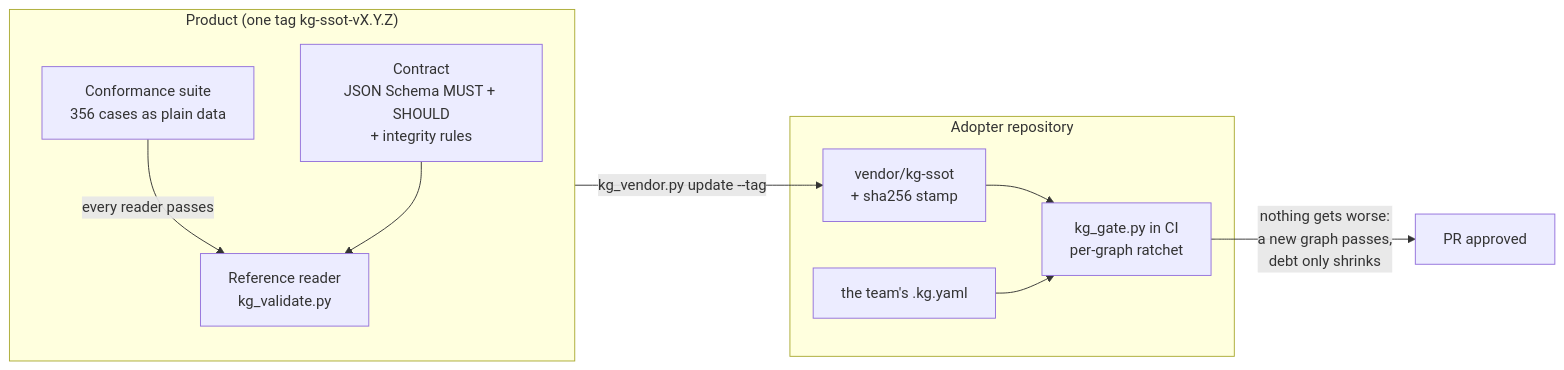
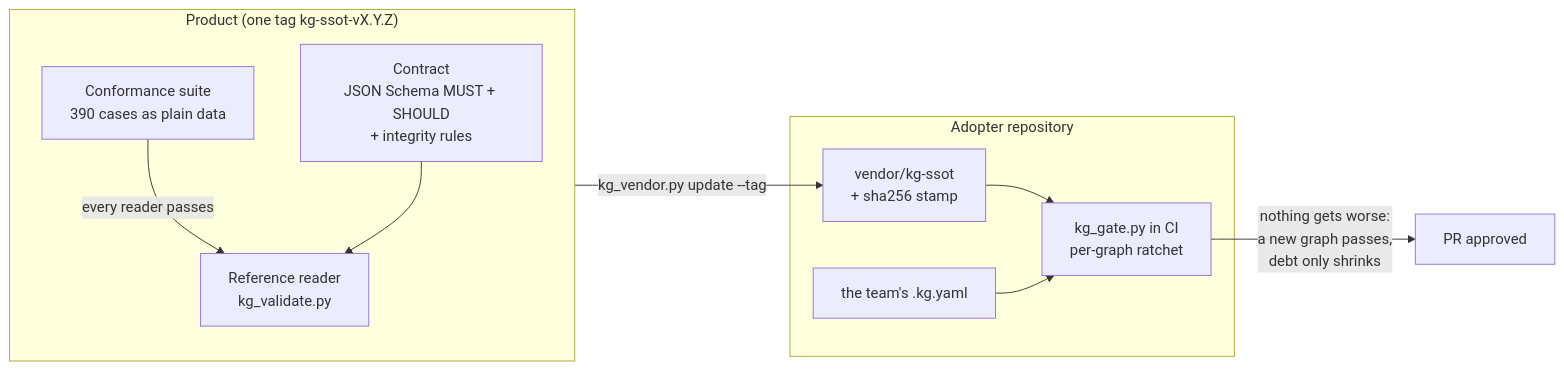
Before and after one commit to marciocar/kg-ssot: the diagram in README.md, drawn with Mermaid. The commit also changed other lines of this file and 81 other files, not shown here.

````diff
--- a/README.md
+++ b/README.md
@@ -122,19 +124,19 @@
 ```mermaid
 flowchart LR
   subgraph product["Product (one tag kg-ssot-vX.Y.Z)"]
     C["Contract<br/>JSON Schema MUST + SHOULD<br/>+ integrity rules"]
-    S["Conformance suite<br/>356 cases as plain data"]
+    S["Conformance suite<br/>390 cases as plain data"]
     R["Reference reader<br/>kg_validate.py"]
     S -- "every reader passes" --> R
     C --> R
   end
   subgraph adopter["Adopter repository"]
     V["vendor/kg-ssot<br/>+ sha256 stamp"]
     G["kg_gate.py in CI<br/>per-graph ratchet"]
     K["the team's .kg.yaml"]
     V --> G
     K --> G
   end
   product -- "kg_vendor.py update --tag" --> V
   G -- "nothing gets worse:<br/>a new graph passes,<br/>debt only shrinks" --> PR["PR approved"]
 ```
````
